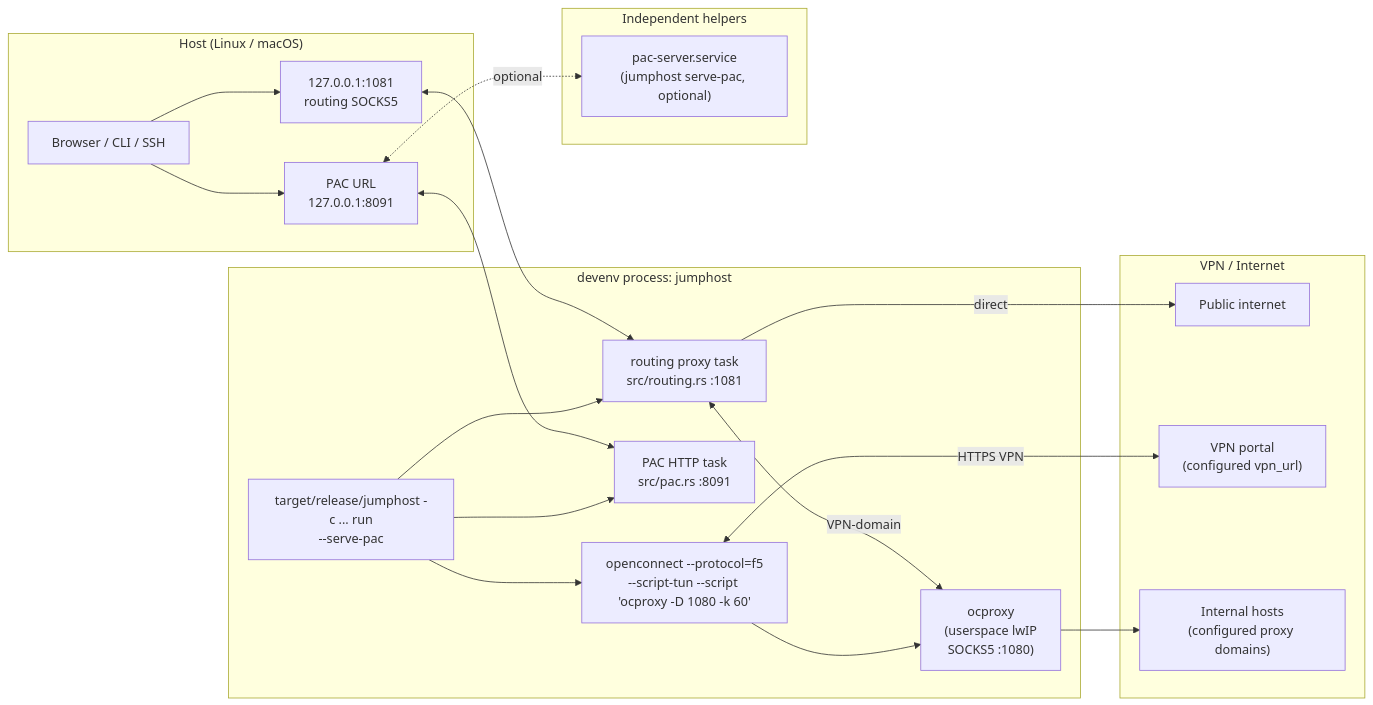
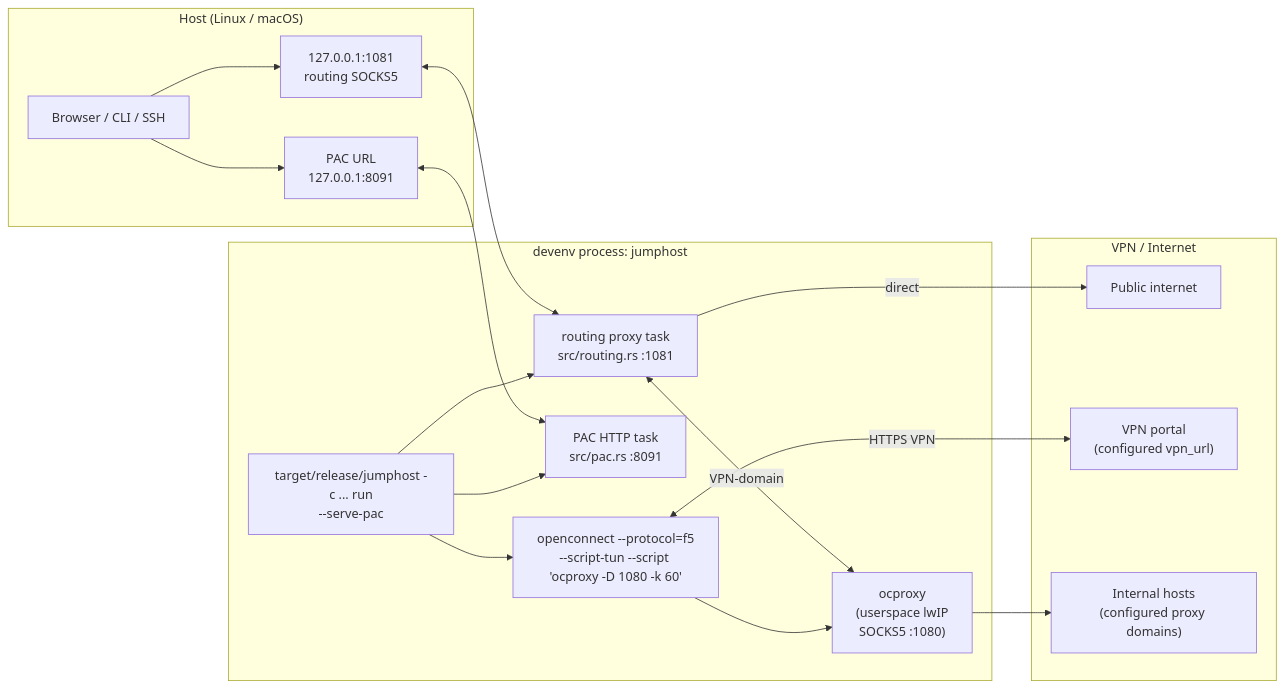
One commit to VITO-RMA/vpn-jumphost changed the first of 2 diagrams in docs/architecture.md. Above: the diagram before and after it, drawn with Mermaid. The commit also changed other lines of this file and 3 other files, not shown here.

````diff
--- a/docs/architecture.md
+++ b/docs/architecture.md
@@ -25,40 +25,35 @@
 ```mermaid
 flowchart LR
   subgraph Host["Host (Linux / macOS)"]
     Browser["Browser / CLI / SSH"]
     PAC["PAC URL\n127.0.0.1:8091"]
     LP["127.0.0.1:1081\nrouting SOCKS5"]
     Browser --> PAC
     Browser --> LP
   end
 
   subgraph DV["devenv process: jumphost"]
     JH["target/release/jumphost -c ... run\n--serve-pac"]
     RP["routing proxy task\nsrc/routing.rs :1081"]
     PS["PAC HTTP task\nsrc/pac.rs :8091"]
     OC["openconnect --protocol=f5\n--script-tun --script 'ocproxy -D 1080 -k 60'"]
     OCP["ocproxy\n(userspace lwIP\nSOCKS5 :1080)"]
     JH --> RP
     JH --> PS
     JH --> OC
     OC --> OCP
   end
 
-  subgraph Helper["Independent helpers"]
-    PSRV["pac-server.service\n(jumphost serve-pac, optional)"]
-  end
-
   PAC <--> PS
-  PAC <-.optional.-> PSRV
   LP <--> RP
   RP <-->|VPN-domain| OCP
   RP -->|direct| Internet
   OC <-->|HTTPS VPN| BYOD
   OCP --> Intra
 
   subgraph Remote["VPN / Internet"]
     BYOD["VPN portal\n(configured vpn_url)"]
     Intra["Internal hosts\n(configured proxy domains)"]
     Internet["Public internet"]
   end
 ```
````
